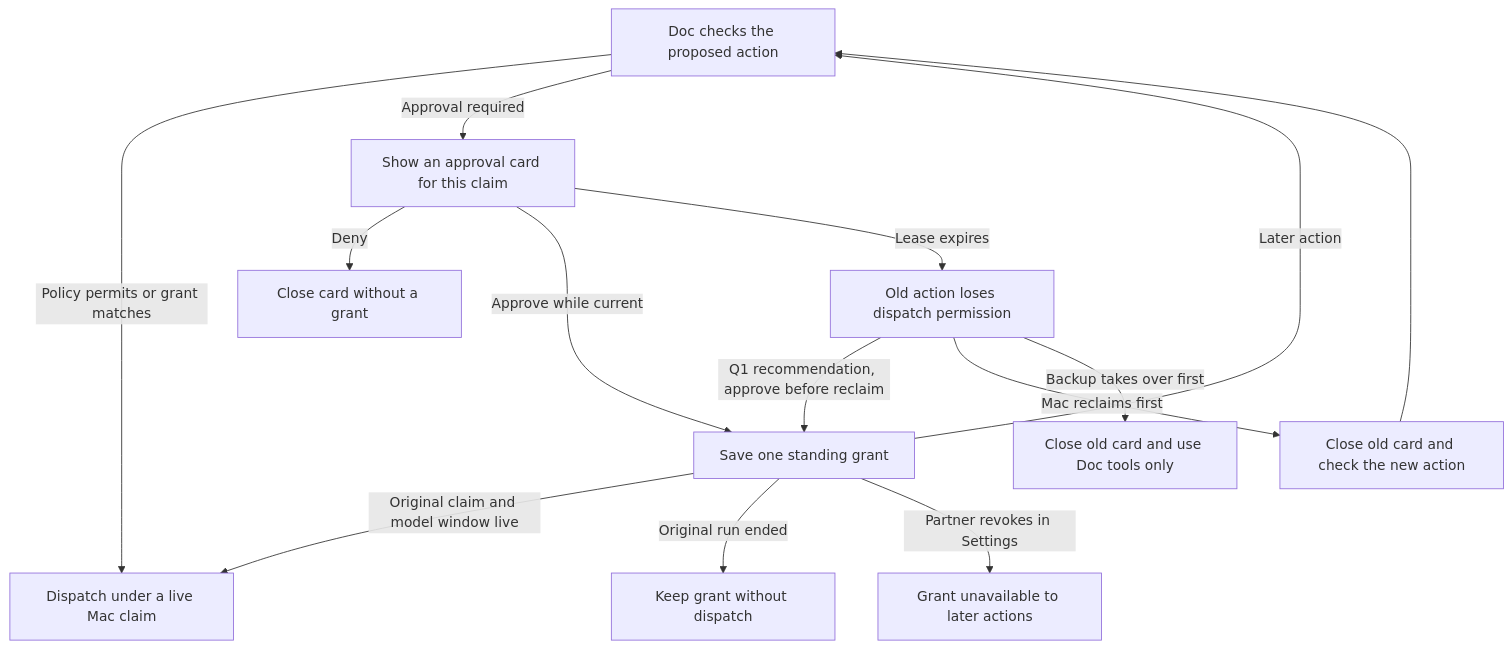
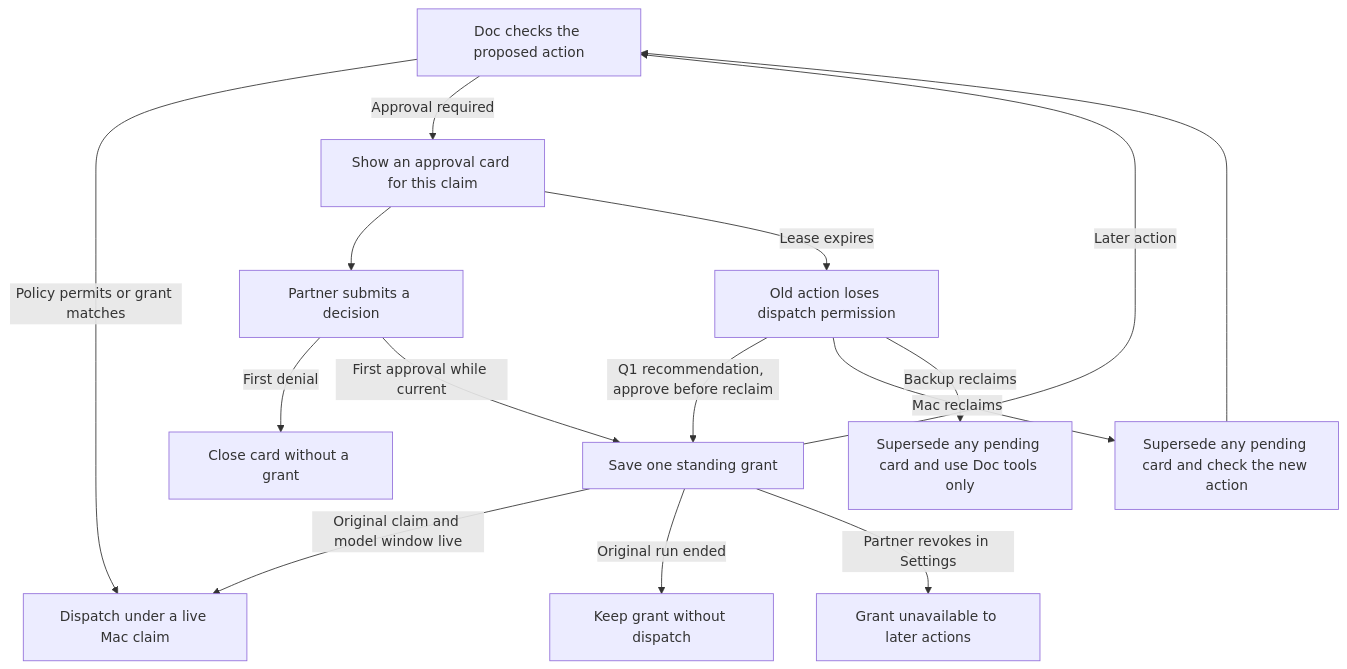
Before and after one commit to DoctorCRE/doctorcre-engine: the fourth of 6 diagrams in docs/doc-harness/flows.md, drawn with Mermaid. The commit also changed other lines of this file and 2 other files, not shown here.

Commit message:
Complete the Doc flow diagram exits

````diff
--- a/docs/doc-harness/flows.md
+++ b/docs/doc-harness/flows.md
@@ -59,16 +103,17 @@
 ```mermaid
 flowchart TD
     Check["Doc checks the proposed action"] -->|Policy permits or grant matches| Run["Dispatch under a live Mac claim"]
     Check -->|Approval required| Card["Show an approval card for this claim"]
-    Card -->|Deny| Deny["Close card without a grant"]
-    Card -->|Approve while current| Grant["Save one standing grant"]
+    Card --> Decision["Partner submits a decision"]
+    Decision -->|First denial| Deny["Close card without a grant"]
+    Decision -->|First approval while current| Grant["Save one standing grant"]
     Grant -->|Original claim and model window live| Run
     Grant -->|Original run ended| NoRun["Keep grant without dispatch"]
     Grant -->|Later action| Check
     Grant -->|Partner revokes in Settings| Revoked["Grant unavailable to later actions"]
     Card -->|Lease expires| Expired["Old action loses dispatch permission"]
     Expired -->|Q1 recommendation, approve before reclaim| Grant
-    Expired -->|Mac reclaims first| Mac["Close old card and check the new action"]
+    Expired -->|Mac reclaims| Mac["Supersede any pending card and check the new action"]
     Mac --> Check
-    Expired -->|Backup takes over first| Backup["Close old card and use Doc tools only"]
+    Expired -->|Backup reclaims| Backup["Supersede any pending card and use Doc tools only"]
 ```
````
